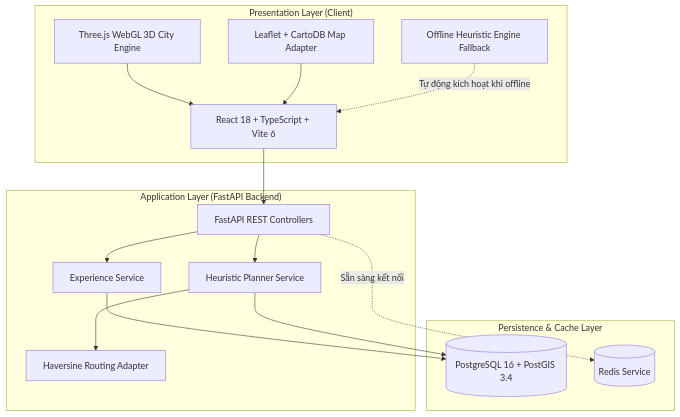
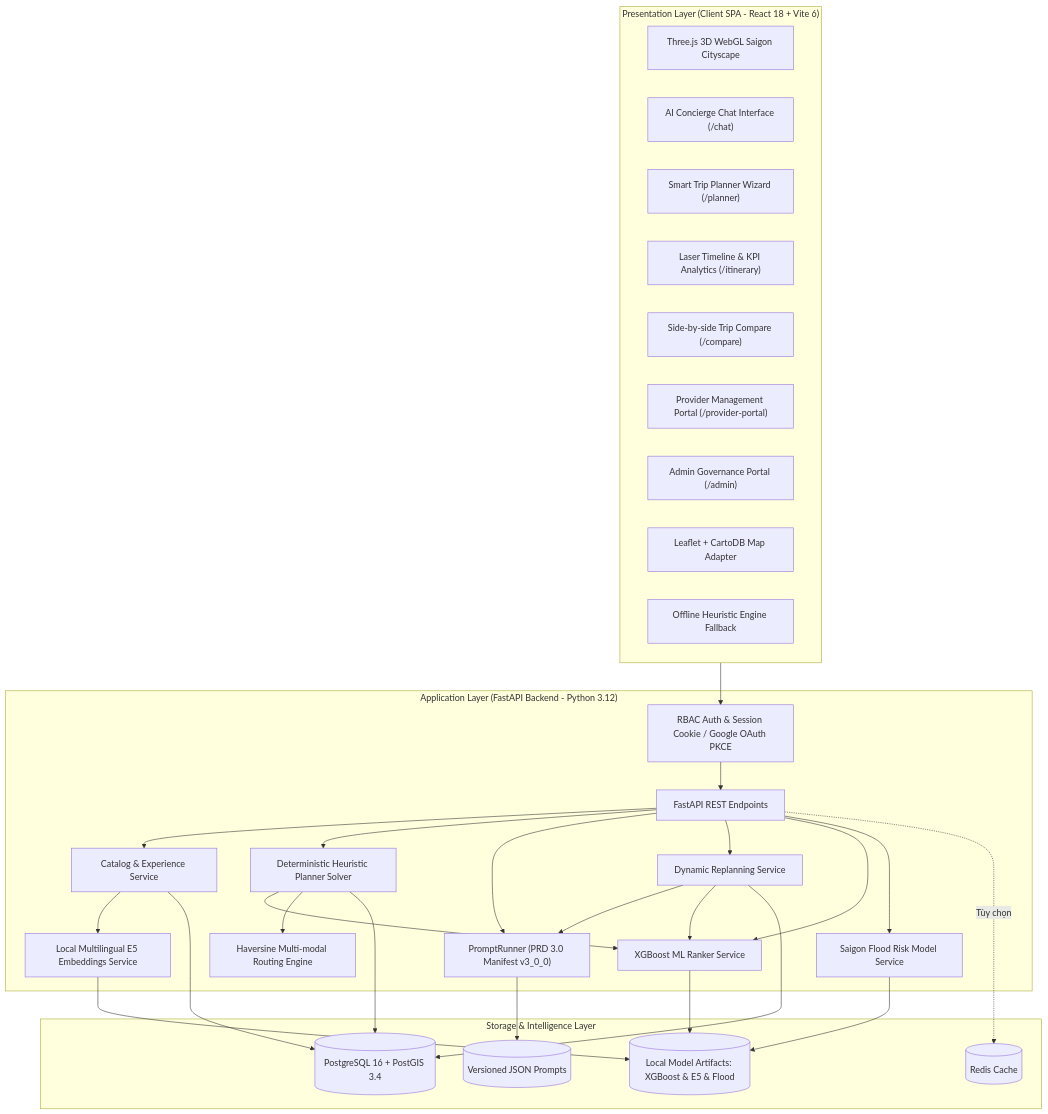
Before and after one commit to NguyenTriBaoThang/LoaclExplorerAI: the second of 2 diagrams in README.md, drawn with Mermaid. The commit also changed other lines of this file, not shown here.

````diff
--- a/README.md
+++ b/README.md
@@ -311,32 +504,58 @@
 ```mermaid
 flowchart TB
-    subgraph Client["Presentation Layer (Client)"]
-        React["React 18 + TypeScript + Vite 6"]
-        ThreeCanvas["Three.js WebGL 3D City Engine"]
+    subgraph Client["Presentation Layer (Client SPA - React 18 + Vite 6)"]
+        ThreeCanvas["Three.js 3D WebGL Saigon Cityscape"]
+        ChatConcierge["AI Concierge Chat Interface (/chat)"]
+        PlannerWizard["Smart Trip Planner Wizard (/planner)"]
+        LaserTimeline["Laser Timeline & KPI Analytics (/itinerary)"]
+        CompareView["Side-by-side Trip Compare (/compare)"]
+        ProviderPortalUI["Provider Management Portal (/provider-portal)"]
+        AdminPortalUI["Admin Governance Portal (/admin)"]
         MapAdapter["Leaflet + CartoDB Map Adapter"]
         MockEngine["Offline Heuristic Engine Fallback"]
     end
 
-    subgraph Gateway["Application Layer (FastAPI Backend)"]
-        API["FastAPI REST Controllers"]
-        ExpService["Experience Service"]
-        PlannerService["Heuristic Planner Service"]
-        RoutingAdapter["Haversine Routing Adapter"]
+    subgraph Gateway["Application Layer (FastAPI Backend - Python 3.12)"]
+        AuthMiddleware["RBAC Auth & Session Cookie / Google OAuth PKCE"]
+        API["FastAPI REST Endpoints"]
+        CatalogService["Catalog & Experience Service"]
+        PromptEngine["PromptRunner (PRD 3.0 Manifest v3_0_0)"]
+        HeuristicSolver["Deterministic Heuristic Planner Solver"]
+        ReplanningEngine["Dynamic Replanning Service"]
+        E5SearchEngine["Local Multilingual E5 Embeddings Service"]
+        MLRankerEngine["XGBoost ML Ranker Service"]
+        FloodRiskEngine["Saigon Flood Risk Model Service"]
+        RoutingEngine["Haversine Multi-modal Routing Engine"]
     end
 
-    subgraph Storage["Persistence & Cache Layer"]
-        DB[("PostgreSQL 16 + PostGIS 3.4")]
-        RedisCache[("Redis Service")]
+    subgraph Persistence["Storage & Intelligence Layer"]
+        PostGIS[("PostgreSQL 16 + PostGIS 3.4")]
+        RedisCache[("Redis Cache")]
+        LocalModels[("Local Model Artifacts: XGBoost & E5 & Flood")]
+        PromptCatalog[("Versioned JSON Prompts")]
     end
 
-    React --> API
-    ThreeCanvas --> React
-    MapAdapter --> React
-    MockEngine -. Tự động kích hoạt khi offline .-> React
-    API --> ExpService
-    API --> PlannerService
-    ExpService --> DB
-    PlannerService --> RoutingAdapter
-    PlannerService --> DB
-    API -. Sẵn sàng kết nối .-> RedisCache
+    Client --> AuthMiddleware
+    AuthMiddleware --> API
+    API --> CatalogService
+    API --> HeuristicSolver
+    API --> PromptEngine
+    API --> ReplanningEngine
+    API --> MLRankerEngine
+    API --> FloodRiskEngine
+
+    CatalogService --> E5SearchEngine
+    HeuristicSolver --> MLRankerEngine
+    HeuristicSolver --> RoutingEngine
+    ReplanningEngine --> PromptEngine
+    ReplanningEngine --> MLRankerEngine
+
+    CatalogService --> PostGIS
+    HeuristicSolver --> PostGIS
+    ReplanningEngine --> PostGIS
+    PromptEngine --> PromptCatalog
+    E5SearchEngine --> LocalModels
+    MLRankerEngine --> LocalModels
+    FloodRiskEngine --> LocalModels
+    API -. Tùy chọn .-> RedisCache
 ```
````
